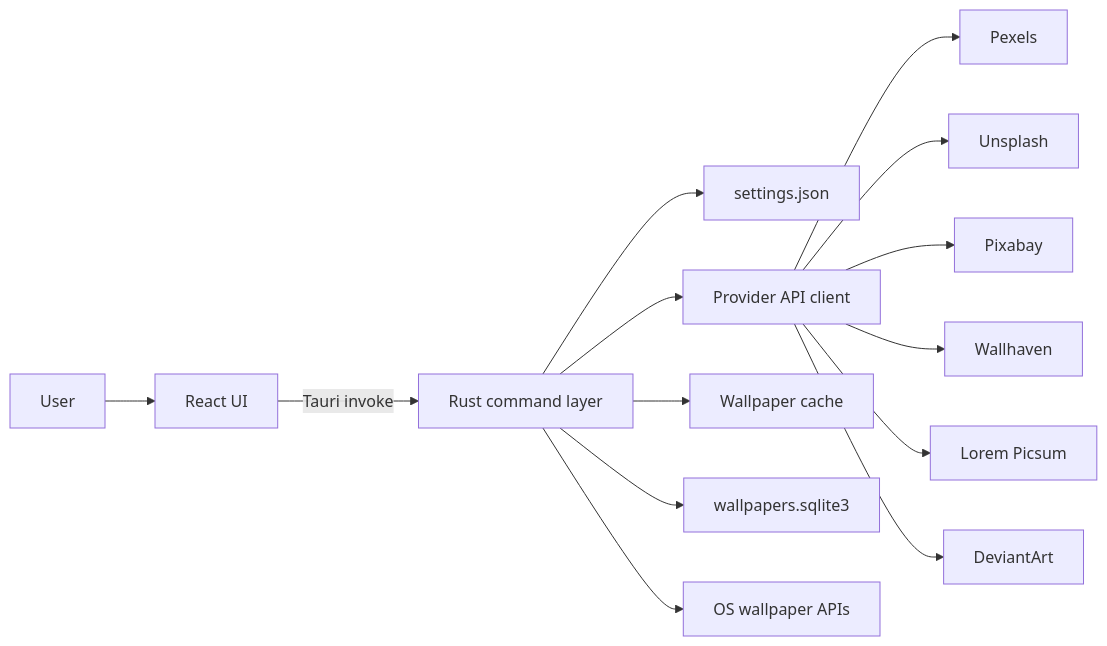
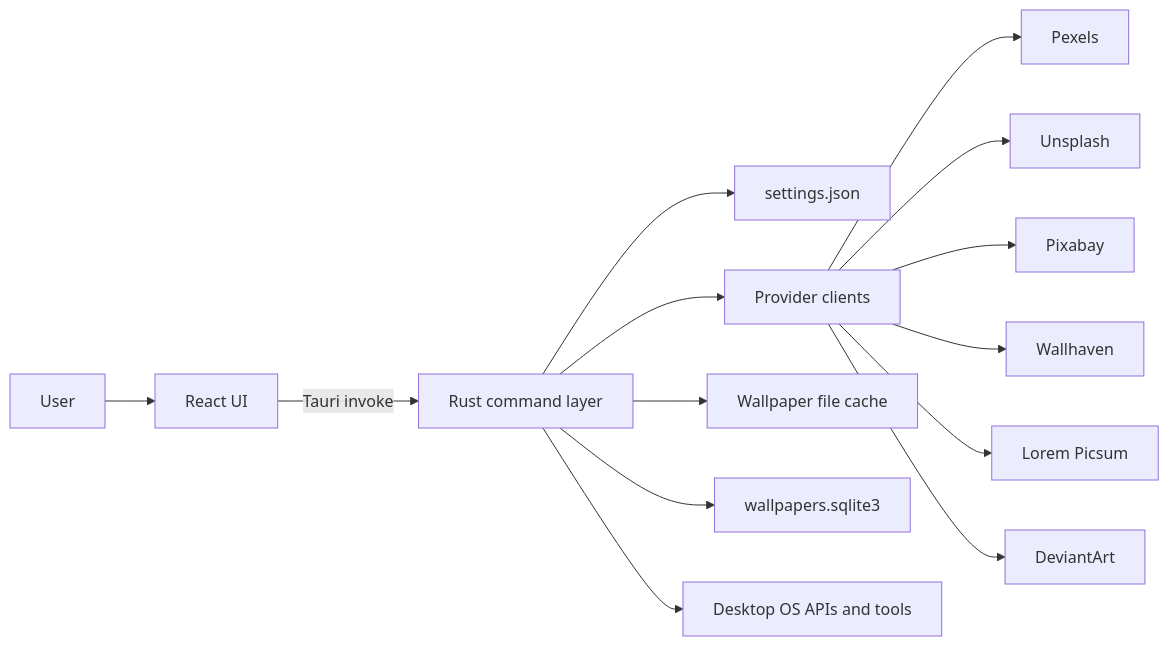
Before and after one commit to puneetdixit200/wallpaper-engine: the first of 3 diagrams in docs/ARCHITECTURE.md, drawn with Mermaid. The commit also changed other lines of this file and 32 other files, not shown here.

Commit message:
feat: close architecture gaps

````diff
--- a/docs/ARCHITECTURE.md
+++ b/docs/ARCHITECTURE.md
@@ -9,16 +7,16 @@
 ```mermaid
 flowchart LR
   User[User] --> React[React UI]
   React -->|Tauri invoke| Commands[Rust command layer]
   Commands --> Settings[settings.json]
-  Commands --> API[Provider API client]
-  Commands --> Cache[Wallpaper cache]
+  Commands --> API[Provider clients]
+  Commands --> Cache[Wallpaper file cache]
   Commands --> SQLite[wallpapers.sqlite3]
-  Commands --> OS[OS wallpaper APIs]
+  Commands --> OS[Desktop OS APIs and tools]
   API --> Pexels[Pexels]
   API --> Unsplash[Unsplash]
   API --> Pixabay[Pixabay]
   API --> Wallhaven[Wallhaven]
   API --> Picsum[Lorem Picsum]
   API --> DeviantArt[DeviantArt]
 ```
````
